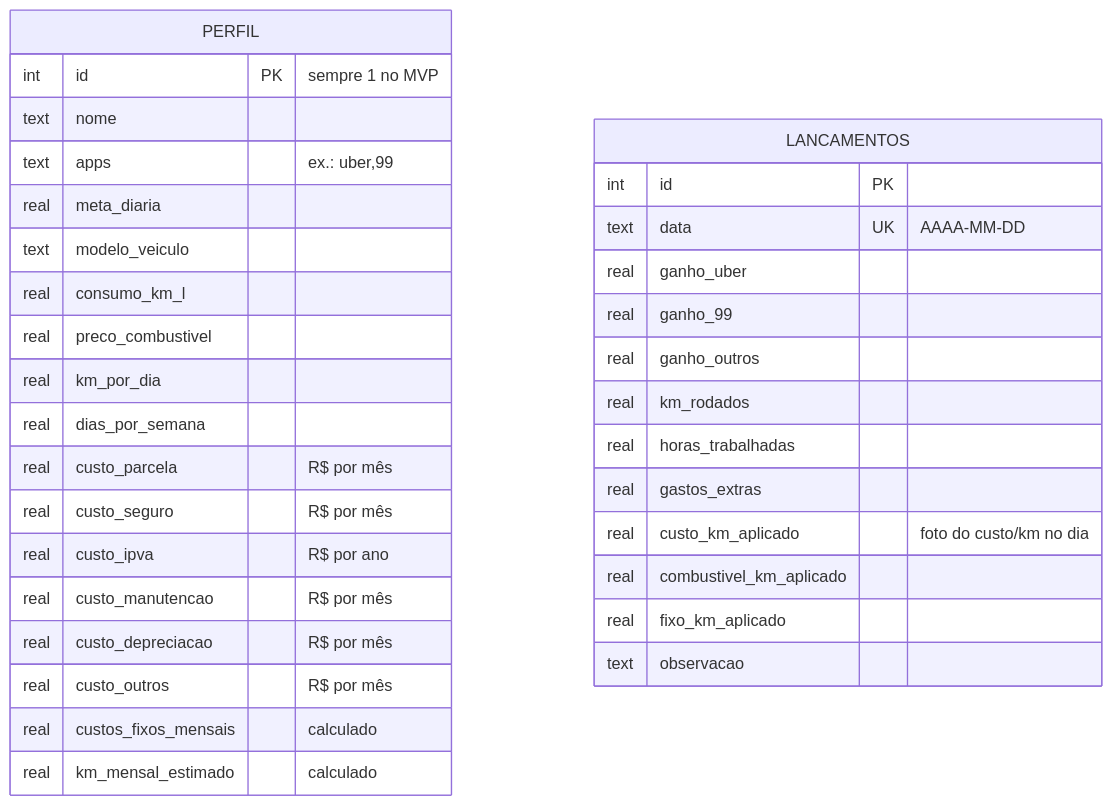
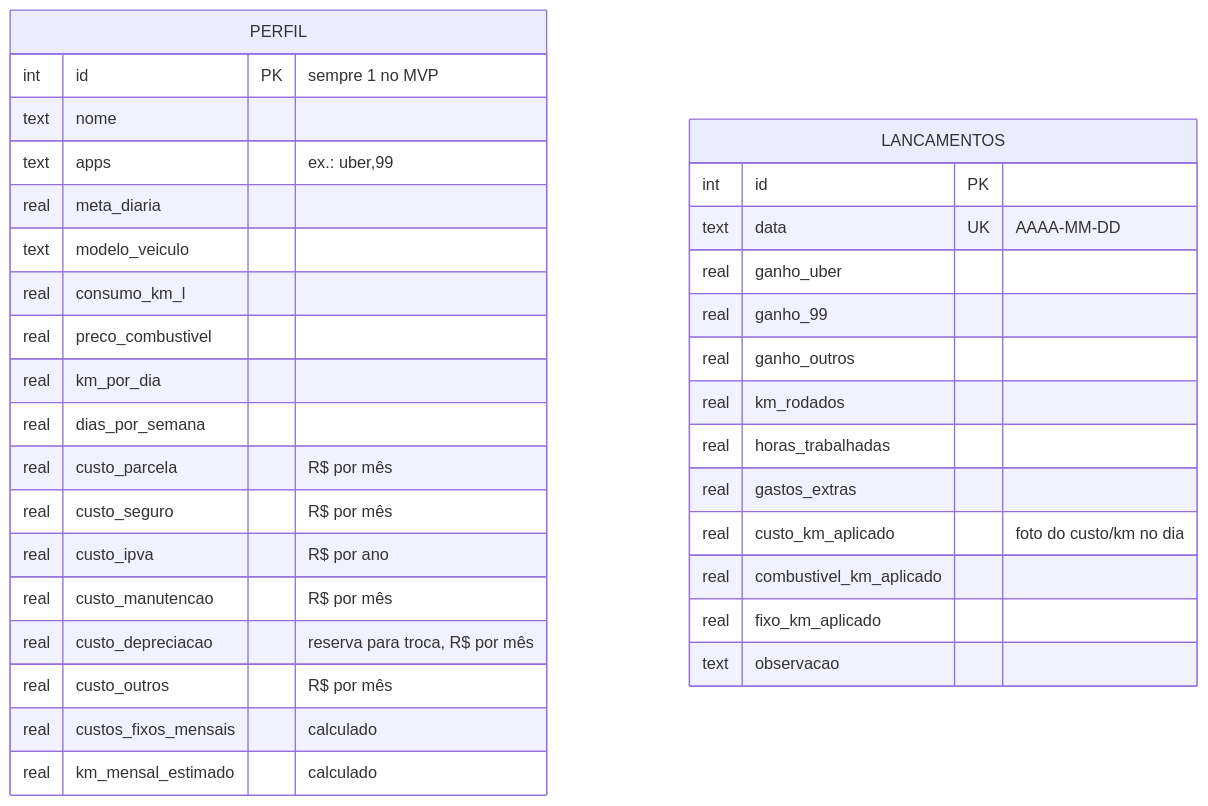
The second of 2 diagrams in README.md (lucasMD10/Quilo-metro-Labs), drawn with Mermaid before and after one commit. The commit also changed other lines of this file and 7 other files, not shown here.

````diff
--- a/README.md
+++ b/README.md
@@ -161,36 +163,36 @@
 ```mermaid
 erDiagram
   PERFIL {
     int id PK "sempre 1 no MVP"
     text nome
     text apps "ex.: uber,99"
     real meta_diaria
     text modelo_veiculo
     real consumo_km_l
     real preco_combustivel
     real km_por_dia
     real dias_por_semana
     real custo_parcela "R$ por mês"
     real custo_seguro "R$ por mês"
     real custo_ipva "R$ por ano"
     real custo_manutencao "R$ por mês"
-    real custo_depreciacao "R$ por mês"
+    real custo_depreciacao "reserva para troca, R$ por mês"
     real custo_outros "R$ por mês"
     real custos_fixos_mensais "calculado"
     real km_mensal_estimado "calculado"
   }
   LANCAMENTOS {
     int id PK
     text data UK "AAAA-MM-DD"
     real ganho_uber
     real ganho_99
     real ganho_outros
     real km_rodados
     real horas_trabalhadas
     real gastos_extras
     real custo_km_aplicado "foto do custo/km no dia"
     real combustivel_km_aplicado
     real fixo_km_aplicado
     text observacao
   }
 ```
````
